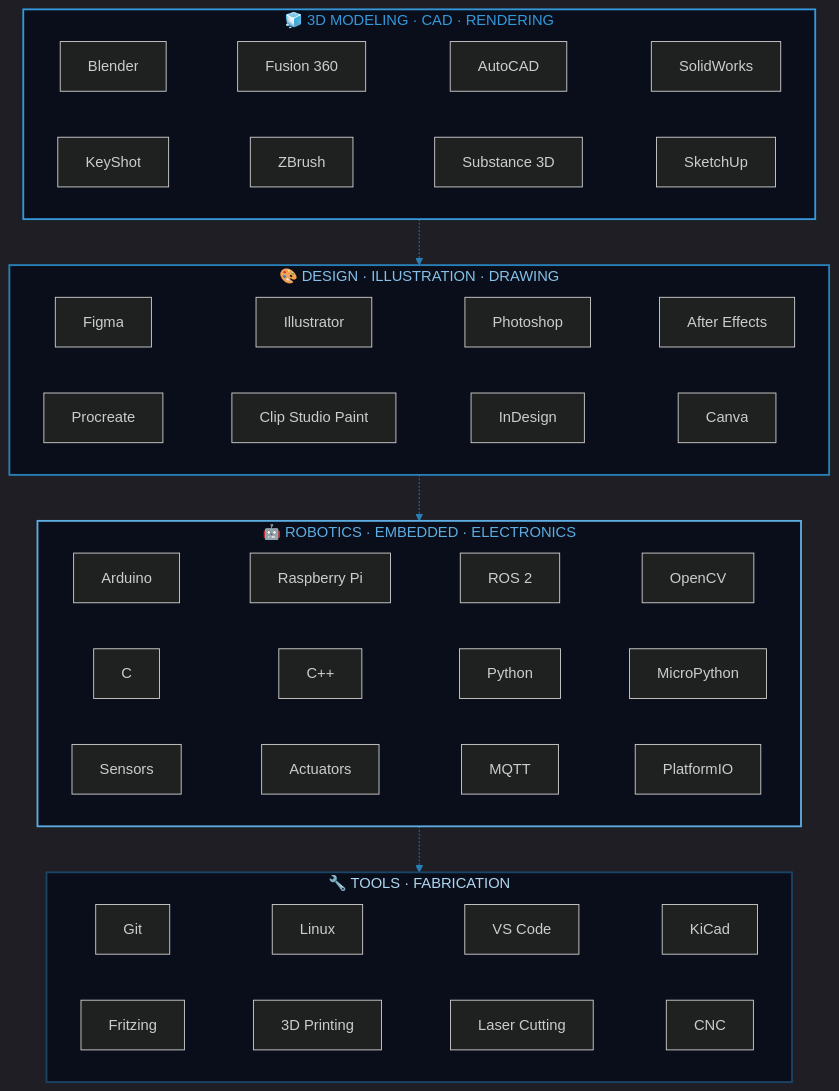
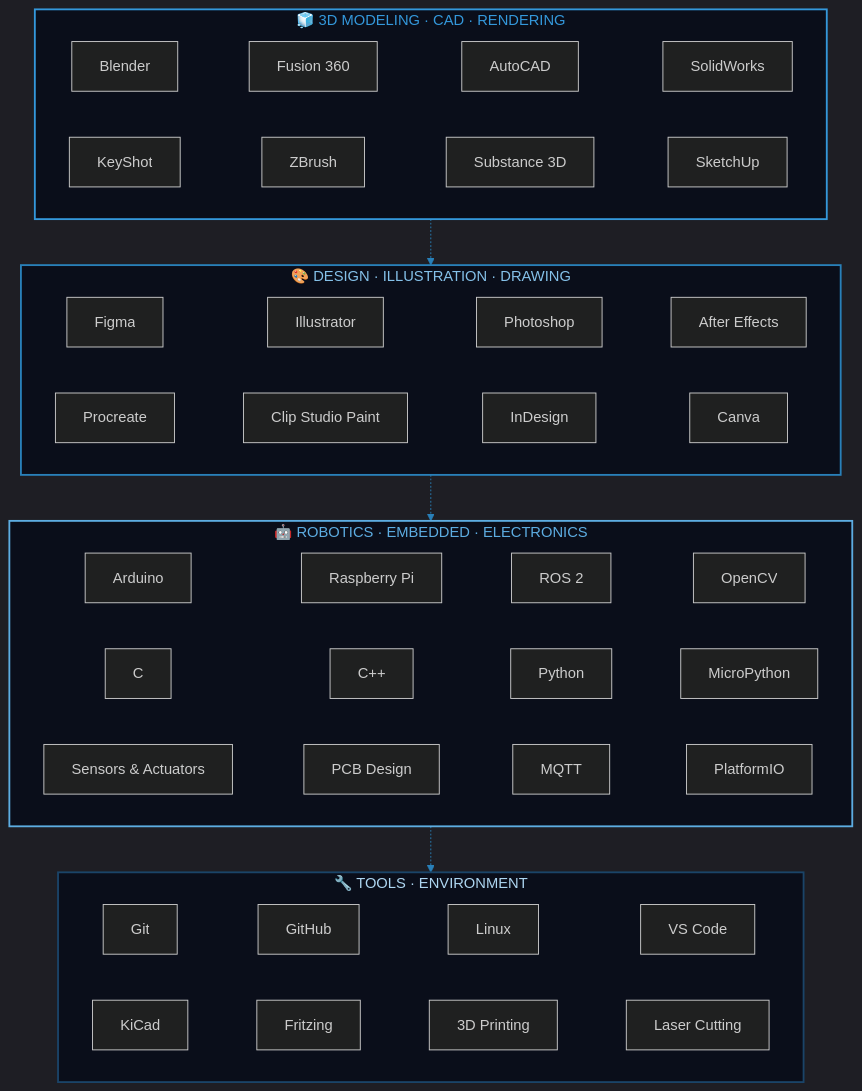
Before and after one commit to nasblor/nasblor: the second of 4 diagrams in readme.md, drawn with Mermaid. The commit also changed other lines of this file, not shown here.

````diff
--- a/readme.md
+++ b/readme.md
@@ -99,34 +105,34 @@
 ```mermaid
 %%{init: {'theme':'dark','themeVariables':{'primaryColor':'#5dade2','primaryTextColor':'#d6eaf8','primaryBorderColor':'#5dade2','lineColor':'#2980b9','secondaryColor':'#0c1929','tertiaryColor':'#0a0e1a'}}}%%
 graph TB
     subgraph ROB["🤖 ROBOTICS · EMBEDDED · ELECTRONICS"]
         direction LR
         A1[Arduino] ~~~ A2[Raspberry Pi] ~~~ A3[ROS 2] ~~~ A4[OpenCV]
         A5[C] ~~~ A6[C++] ~~~ A7[Python] ~~~ A8[MicroPython]
-        A9[Sensors] ~~~ A10[Actuators] ~~~ A11[MQTT] ~~~ A12[PlatformIO]
+        A9[Sensors & Actuators] ~~~ A10[PCB Design] ~~~ A11[MQTT] ~~~ A12[PlatformIO]
     end
     subgraph MOD["🧊 3D MODELING · CAD · RENDERING"]
         direction LR
         B1[Blender] ~~~ B2[Fusion 360] ~~~ B3[AutoCAD] ~~~ B4[SolidWorks]
         B5[KeyShot] ~~~ B6[ZBrush] ~~~ B7[Substance 3D] ~~~ B8[SketchUp]
     end
     subgraph DES["🎨 DESIGN · ILLUSTRATION · DRAWING"]
         direction LR
         C1[Figma] ~~~ C2[Illustrator] ~~~ C3[Photoshop] ~~~ C4[After Effects]
         C5[Procreate] ~~~ C6[Clip Studio Paint] ~~~ C7[InDesign] ~~~ C8[Canva]
     end
-    subgraph TOOLS["🔧 TOOLS · FABRICATION"]
+    subgraph TOOLS["🔧 TOOLS · ENVIRONMENT"]
         direction LR
-        D1[Git] ~~~ D2[Linux] ~~~ D3[VS Code] ~~~ D4[KiCad]
-        D5[Fritzing] ~~~ D6[3D Printing] ~~~ D7[Laser Cutting] ~~~ D8[CNC]
+        D1[Git] ~~~ D2[GitHub] ~~~ D3[Linux] ~~~ D4[VS Code]
+        D5[KiCad] ~~~ D6[Fritzing] ~~~ D7[3D Printing] ~~~ D8[Laser Cutting]
     end
 
     ROB -.-> TOOLS
     MOD -.-> DES
     DES -.-> ROB
 
     style ROB fill:#0a0e1a,stroke:#5dade2,stroke-width:2px,color:#5dade2
     style MOD fill:#0a0e1a,stroke:#3498db,stroke-width:2px,color:#3498db
     style DES fill:#0a0e1a,stroke:#2980b9,stroke-width:2px,color:#85c1e9
     style TOOLS fill:#0a0e1a,stroke:#1a4468,stroke-width:2px,color:#aed6f1
 ```
````
